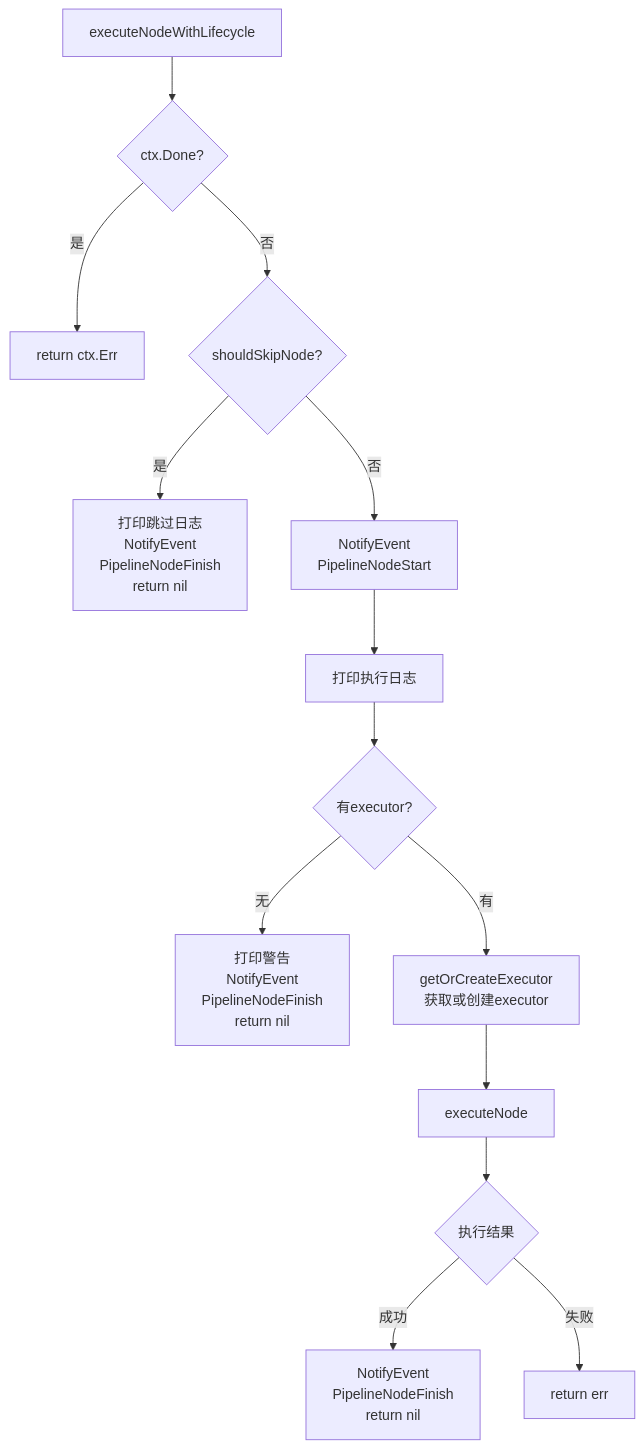
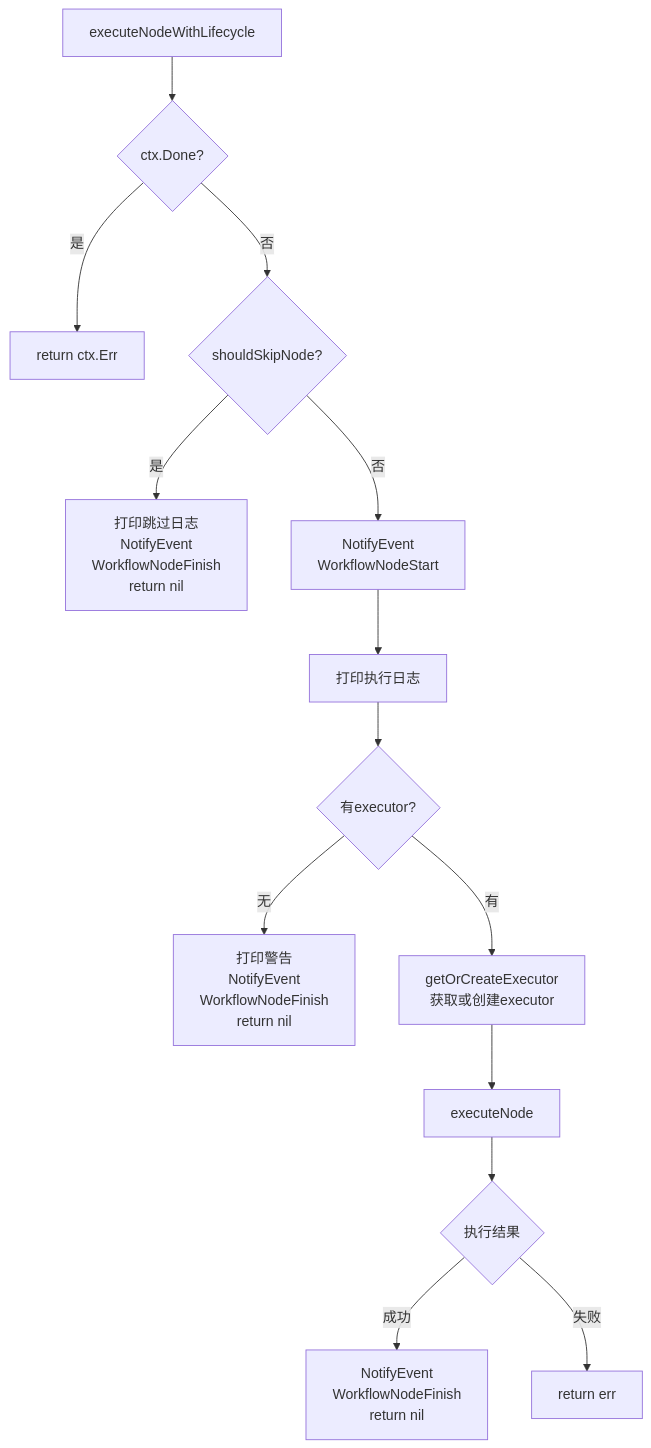
The fifth of 15 diagrams in dag/FLOWS.md (LerkoX/flowx), drawn with Mermaid before and after one commit. The commit also changed other lines of this file and 99 other files, not shown here.

First line of the commit message:
refactor: Pipeline 统一更名为 Workflow

````diff
--- a/dag/FLOWS.md
+++ b/dag/FLOWS.md
@@ -131,19 +131,19 @@
 ```mermaid
 flowchart TD
     A[executeNodeWithLifecycle] --> B{ctx.Done?}
     B -->|是| C[return ctx.Err]
     B -->|否| D{shouldSkipNode?}
-    D -->|是| E[打印跳过日志<br/>NotifyEvent<br/>PipelineNodeFinish<br/>return nil]
+    D -->|是| E[打印跳过日志<br/>NotifyEvent<br/>WorkflowNodeFinish<br/>return nil]
 
-    D -->|否| F[NotifyEvent<br/>PipelineNodeStart]
+    D -->|否| F[NotifyEvent<br/>WorkflowNodeStart]
     F --> G[打印执行日志]
 
     G --> H{有executor?}
-    H -->|无| I[打印警告<br/>NotifyEvent<br/>PipelineNodeFinish<br/>return nil]
+    H -->|无| I[打印警告<br/>NotifyEvent<br/>WorkflowNodeFinish<br/>return nil]
 
     H -->|有| J[getOrCreateExecutor<br/>获取或创建executor]
     J --> K[executeNode]
     K --> L{执行结果}
-    L -->|成功| M[NotifyEvent<br/>PipelineNodeFinish<br/>return nil]
+    L -->|成功| M[NotifyEvent<br/>WorkflowNodeFinish<br/>return nil]
     L -->|失败| N[return err]
 ```
````
